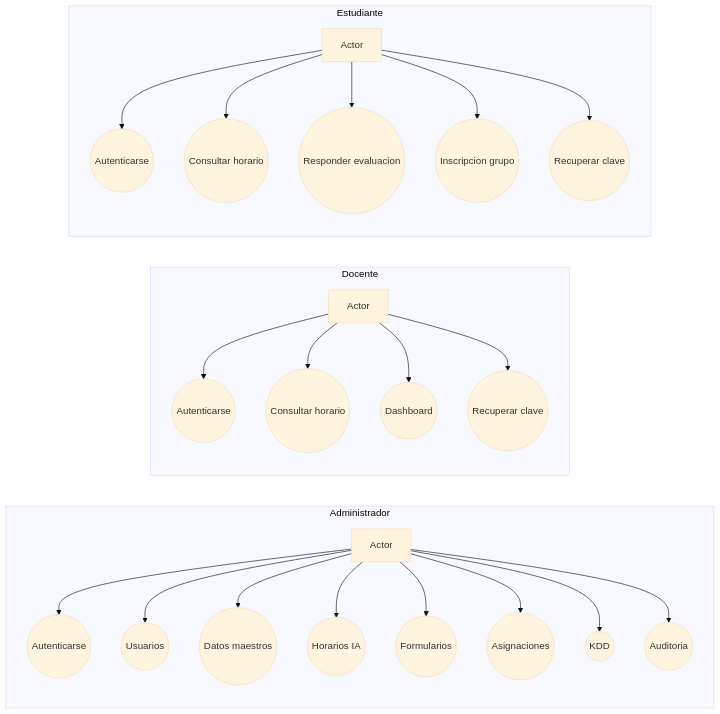
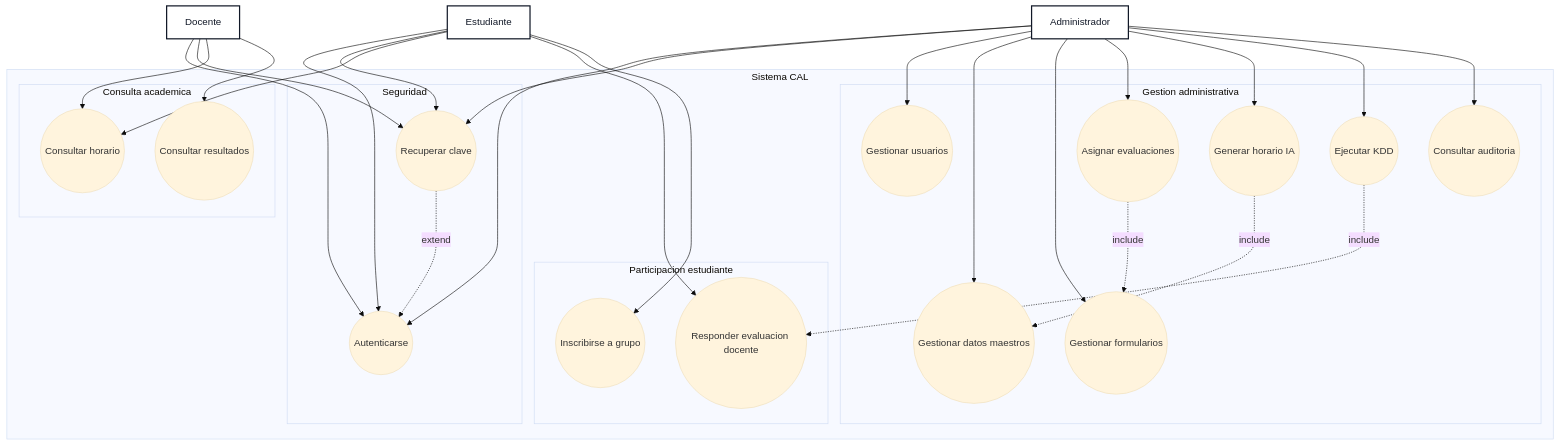
One commit to Proyecto-grado-ucc/proyectoGrado-server changed the diagram in docs/diagramas/12_casos_uso.mmd. Above: the diagram before and after it, drawn with Mermaid (base theme). The commit also changed 34 other files, not shown here.

Commit message:
docs: refine architecture diagrams

```diff
--- a/docs/diagramas/12_casos_uso.mmd
+++ b/docs/diagramas/12_casos_uso.mmd
@@ -1,49 +1,60 @@
-flowchart LR
-  subgraph A["Administrador"]
-    Admin["Actor"]
-    A0(("Autenticarse"))
-    A1(("Usuarios"))
-    A2(("Datos maestros"))
-    A3(("Horarios IA"))
-    A4(("Formularios"))
-    A5(("Asignaciones"))
-    A6(("KDD"))
-    A7(("Auditoria"))
+flowchart TB
+  Admin["Administrador"]:::actor
+  Docente["Docente"]:::actor
+  Estudiante["Estudiante"]:::actor
+
+  subgraph CAL["Sistema CAL"]
+    subgraph Seguridad["Seguridad"]
+      Login(("Autenticarse"))
+      Recuperar(("Recuperar clave"))
+    end
+
+    subgraph Gestion["Gestion administrativa"]
+      Usuarios(("Gestionar usuarios"))
+      Maestros(("Gestionar datos maestros"))
+      Formularios(("Gestionar formularios"))
+      AsignarEval(("Asignar evaluaciones"))
+      GenerarHorario(("Generar horario IA"))
+      EjecutarKdd(("Ejecutar KDD"))
+      Auditoria(("Consultar auditoria"))
+    end
+
+    subgraph Consulta["Consulta academica"]
+      ConsultarHorario(("Consultar horario"))
+      ConsultarResultados(("Consultar resultados"))
+    end
+
+    subgraph Participacion["Participacion estudiante"]
+      ResponderEval(("Responder evaluacion docente"))
+      Inscripcion(("Inscribirse a grupo"))
+    end
   end
 
-  subgraph D["Docente"]
-    Docente["Actor"]
-    D0(("Autenticarse"))
-    D1(("Consultar horario"))
-    D2(("Dashboard"))
-    D3(("Recuperar clave"))
-  end
+  Admin --> Login
+  Docente --> Login
+  Estudiante --> Login
+  Admin --> Recuperar
+  Docente --> Recuperar
+  Estudiante --> Recuperar
 
-  subgraph E["Estudiante"]
-    Estudiante["Actor"]
-    E0(("Autenticarse"))
-    E1(("Consultar horario"))
-    E2(("Responder evaluacion"))
-    E3(("Inscripcion grupo"))
-    E4(("Recuperar clave"))
-  end
+  Admin --> Usuarios
+  Admin --> Maestros
+  Admin --> Formularios
+  Admin --> AsignarEval
+  Admin --> GenerarHorario
+  Admin --> EjecutarKdd
+  Admin --> Auditoria
 
-  Admin --> A0
-  Admin --> A1
-  Admin --> A2
-  Admin --> A3
-  Admin --> A4
-  Admin --> A5
-  Admin --> A6
-  Admin --> A7
+  Docente --> ConsultarHorario
+  Docente --> ConsultarResultados
 
-  Docente --> D0
-  Docente --> D1
-  Docente --> D2
-  Docente --> D3
+  Estudiante --> ConsultarHorario
+  Estudiante --> ResponderEval
+  Estudiante --> Inscripcion
 
-  Estudiante --> E0
-  Estudiante --> E1
-  Estudiante --> E2
-  Estudiante --> E3
-  Estudiante --> E4
+  Recuperar -. "extend" .-> Login
+  AsignarEval -. "include" .-> Formularios
+  GenerarHorario -. "include" .-> Maestros
+  EjecutarKdd -. "include" .-> ResponderEval
+
+  classDef actor fill:#fff,stroke:#111827,stroke-width:2px,color:#111827
```
